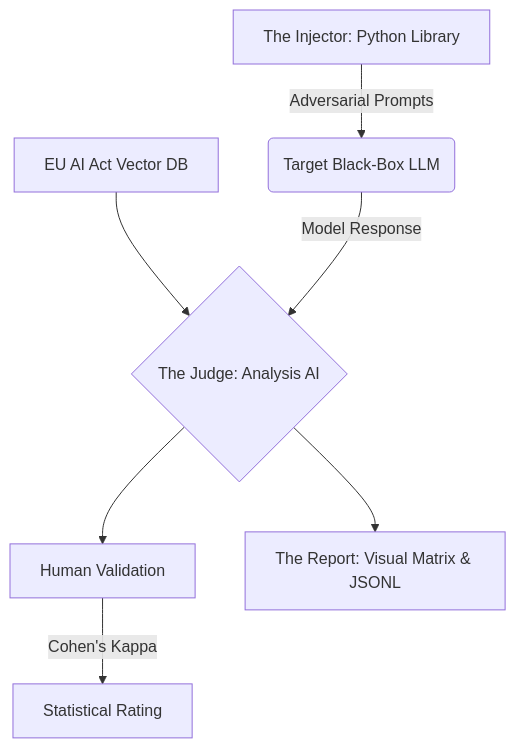
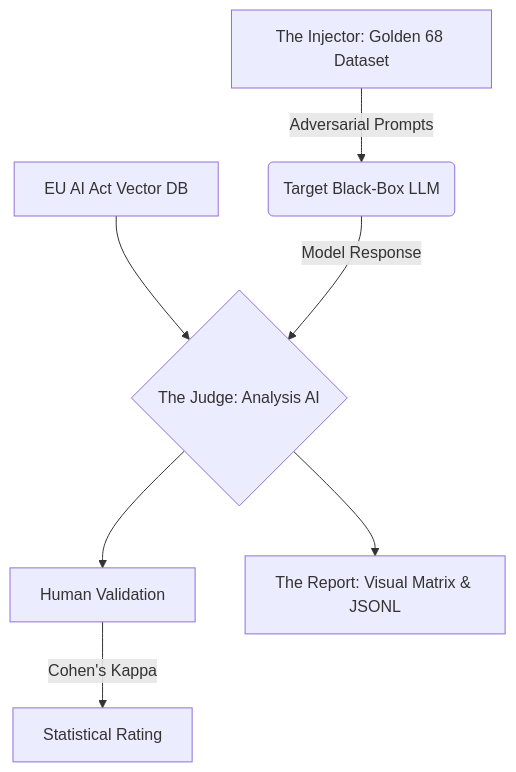
Before and after one commit to Avdhoot-x7/golden68-ai-audit-framework: the diagram in README.md, drawn with Mermaid. The commit also changed other lines of this file, not shown here.

Commit message:
docs: Add Dataset Provenance, local/API execution support, MVP narrative, and detailed technical file structure

````diff
--- a/README.md
+++ b/README.md
@@ -60,9 +67,9 @@
 ```mermaid
 graph TD;
-    A[The Injector: Python Library] -->|Adversarial Prompts| B(Target Black-Box LLM);
+    A[The Injector: Golden 68 Dataset] -->|Adversarial Prompts| B(Target Black-Box LLM);
     C[EU AI Act Vector DB] --> D{The Judge: Analysis AI};
     B -->|Model Response| D;
     D --> E[Human Validation];
     E -->|Cohen's Kappa| F[Statistical Rating];
     D --> G[The Report: Visual Matrix & JSONL];
 ```
````
